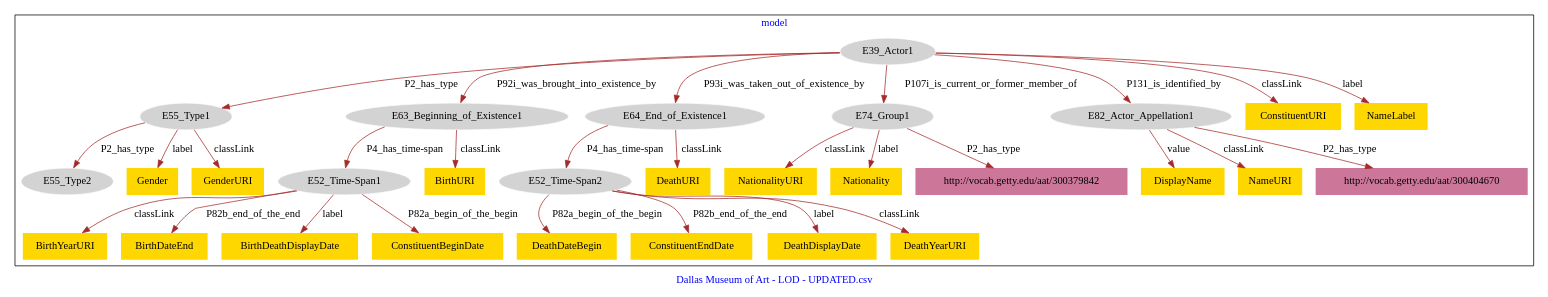
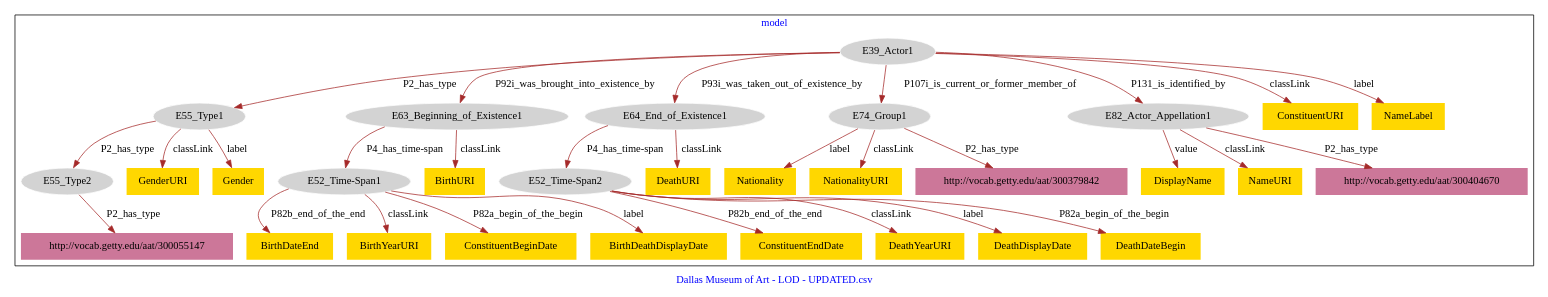
The diagram in Constituents/DMA_Constituents-model.dot (american-art/DMA), drawn with Graphviz before and after one commit.

Commit message:
Update file DMA_Constituents-model.dot

```diff
--- a/Constituents/DMA_Constituents-model.dot
+++ b/Constituents/DMA_Constituents-model.dot
@@ -1,65 +1,67 @@
 digraph n0 {
 fontcolor="blue"
 remincross="true"
 label="Dallas Museum of Art - LOD - UPDATED.csv"
 subgraph cluster {
 label="model"
 n2[style="filled",color="white",fillcolor="lightgray",label="E39_Actor1"];
 n3[style="filled",color="white",fillcolor="lightgray",label="E55_Type1"];
 n4[style="filled",color="white",fillcolor="lightgray",label="E63_Beginning_of_Existence1"];
 n5[style="filled",color="white",fillcolor="lightgray",label="E64_End_of_Existence1"];
 n6[style="filled",color="white",fillcolor="lightgray",label="E74_Group1"];
 n7[style="filled",color="white",fillcolor="lightgray",label="E82_Actor_Appellation1"];
 n8[style="filled",color="white",fillcolor="lightgray",label="E55_Type2"];
 n9[style="filled",color="white",fillcolor="lightgray",label="E52_Time-Span1"];
 n10[style="filled",color="white",fillcolor="lightgray",label="E52_Time-Span2"];
-n11[shape="plaintext",style="filled",fillcolor="gold",label="DeathURI"];
-n12[shape="plaintext",style="filled",fillcolor="gold",label="NationalityURI"];
+n11[shape="plaintext",style="filled",fillcolor="gold",label="BirthDateEnd"];
+n12[shape="plaintext",style="filled",fillcolor="gold",label="Nationality"];
 n13[shape="plaintext",style="filled",fillcolor="gold",label="BirthYearURI"];
-n14[shape="plaintext",style="filled",fillcolor="gold",label="BirthURI"];
-n15[shape="plaintext",style="filled",fillcolor="gold",label="BirthDateEnd"];
-n16[shape="plaintext",style="filled",fillcolor="gold",label="DeathDateBegin"];
+n14[shape="plaintext",style="filled",fillcolor="gold",label="NationalityURI"];
+n15[shape="plaintext",style="filled",fillcolor="gold",label="ConstituentBeginDate"];
+n16[shape="plaintext",style="filled",fillcolor="gold",label="BirthDeathDisplayDate"];
 n17[shape="plaintext",style="filled",fillcolor="gold",label="DisplayName"];
-n18[shape="plaintext",style="filled",fillcolor="gold",label="ConstituentURI"];
-n19[shape="plaintext",style="filled",fillcolor="gold",label="Gender"];
-n20[shape="plaintext",style="filled",fillcolor="gold",label="GenderURI"];
-n21[shape="plaintext",style="filled",fillcolor="gold",label="BirthDeathDisplayDate"];
-n22[shape="plaintext",style="filled",fillcolor="gold",label="Nationality"];
-n23[shape="plaintext",style="filled",fillcolor="gold",label="ConstituentEndDate"];
-n24[shape="plaintext",style="filled",fillcolor="gold",label="ConstituentBeginDate"];
-n25[shape="plaintext",style="filled",fillcolor="gold",label="NameURI"];
-n26[shape="plaintext",style="filled",fillcolor="gold",label="DeathDisplayDate"];
-n27[shape="plaintext",style="filled",fillcolor="gold",label="NameLabel"];
-n28[shape="plaintext",style="filled",fillcolor="gold",label="DeathYearURI"];
+n18[shape="plaintext",style="filled",fillcolor="gold",label="GenderURI"];
+n19[shape="plaintext",style="filled",fillcolor="gold",label="BirthURI"];
+n20[shape="plaintext",style="filled",fillcolor="gold",label="Gender"];
+n21[shape="plaintext",style="filled",fillcolor="gold",label="NameURI"];
+n22[shape="plaintext",style="filled",fillcolor="gold",label="ConstituentEndDate"];
+n23[shape="plaintext",style="filled",fillcolor="gold",label="DeathURI"];
+n24[shape="plaintext",style="filled",fillcolor="gold",label="DeathYearURI"];
+n25[shape="plaintext",style="filled",fillcolor="gold",label="ConstituentURI"];
+n26[shape="plaintext",style="filled",fillcolor="gold",label="NameLabel"];
+n27[shape="plaintext",style="filled",fillcolor="gold",label="DeathDisplayDate"];
+n28[shape="plaintext",style="filled",fillcolor="gold",label="DeathDateBegin"];
 n29[shape="plaintext",style="filled",fillcolor="#CC7799",label="http://vocab.getty.edu/aat/300404670"];
-n30[shape="plaintext",style="filled",fillcolor="#CC7799",label="http://vocab.getty.edu/aat/300379842"];
+n30[shape="plaintext",style="filled",fillcolor="#CC7799",label="http://vocab.getty.edu/aat/300055147"];
+n31[shape="plaintext",style="filled",fillcolor="#CC7799",label="http://vocab.getty.edu/aat/300379842"];
 }
 n2 -> n3[color="brown",fontcolor="black",label="P2_has_type"]
 n2 -> n4[color="brown",fontcolor="black",label="P92i_was_brought_into_existence_by"]
 n2 -> n5[color="brown",fontcolor="black",label="P93i_was_taken_out_of_existence_by"]
 n2 -> n6[color="brown",fontcolor="black",label="P107i_is_current_or_former_member_of"]
 n2 -> n7[color="brown",fontcolor="black",label="P131_is_identified_by"]
 n3 -> n8[color="brown",fontcolor="black",label="P2_has_type"]
 n4 -> n9[color="brown",fontcolor="black",label="P4_has_time-span"]
 n5 -> n10[color="brown",fontcolor="black",label="P4_has_time-span"]
-n5 -> n11[color="brown",fontcolor="black",label="classLink"]
-n6 -> n12[color="brown",fontcolor="black",label="classLink"]
+n9 -> n11[color="brown",fontcolor="black",label="P82b_end_of_the_end"]
+n6 -> n12[color="brown",fontcolor="black",label="label"]
 n9 -> n13[color="brown",fontcolor="black",label="classLink"]
-n4 -> n14[color="brown",fontcolor="black",label="classLink"]
-n9 -> n15[color="brown",fontcolor="black",label="P82b_end_of_the_end"]
-n10 -> n16[color="brown",fontcolor="black",label="P82a_begin_of_the_begin"]
+n6 -> n14[color="brown",fontcolor="black",label="classLink"]
+n9 -> n15[color="brown",fontcolor="black",label="P82a_begin_of_the_begin"]
+n9 -> n16[color="brown",fontcolor="black",label="label"]
 n7 -> n17[color="brown",fontcolor="black",label="value"]
-n2 -> n18[color="brown",fontcolor="black",label="classLink"]
-n3 -> n19[color="brown",fontcolor="black",label="label"]
-n3 -> n20[color="brown",fontcolor="black",label="classLink"]
-n9 -> n21[color="brown",fontcolor="black",label="label"]
-n6 -> n22[color="brown",fontcolor="black",label="label"]
-n10 -> n23[color="brown",fontcolor="black",label="P82b_end_of_the_end"]
-n9 -> n24[color="brown",fontcolor="black",label="P82a_begin_of_the_begin"]
-n7 -> n25[color="brown",fontcolor="black",label="classLink"]
-n10 -> n26[color="brown",fontcolor="black",label="label"]
-n2 -> n27[color="brown",fontcolor="black",label="label"]
-n10 -> n28[color="brown",fontcolor="black",label="classLink"]
+n3 -> n18[color="brown",fontcolor="black",label="classLink"]
+n4 -> n19[color="brown",fontcolor="black",label="classLink"]
+n3 -> n20[color="brown",fontcolor="black",label="label"]
+n7 -> n21[color="brown",fontcolor="black",label="classLink"]
+n10 -> n22[color="brown",fontcolor="black",label="P82b_end_of_the_end"]
+n5 -> n23[color="brown",fontcolor="black",label="classLink"]
+n10 -> n24[color="brown",fontcolor="black",label="classLink"]
+n2 -> n25[color="brown",fontcolor="black",label="classLink"]
+n2 -> n26[color="brown",fontcolor="black",label="label"]
+n10 -> n27[color="brown",fontcolor="black",label="label"]
+n10 -> n28[color="brown",fontcolor="black",label="P82a_begin_of_the_begin"]
 n7 -> n29[color="brown",fontcolor="black",label="P2_has_type"]
-n6 -> n30[color="brown",fontcolor="black",label="P2_has_type"]
+n8 -> n30[color="brown",fontcolor="black",label="P2_has_type"]
+n6 -> n31[color="brown",fontcolor="black",label="P2_has_type"]
 }
```
